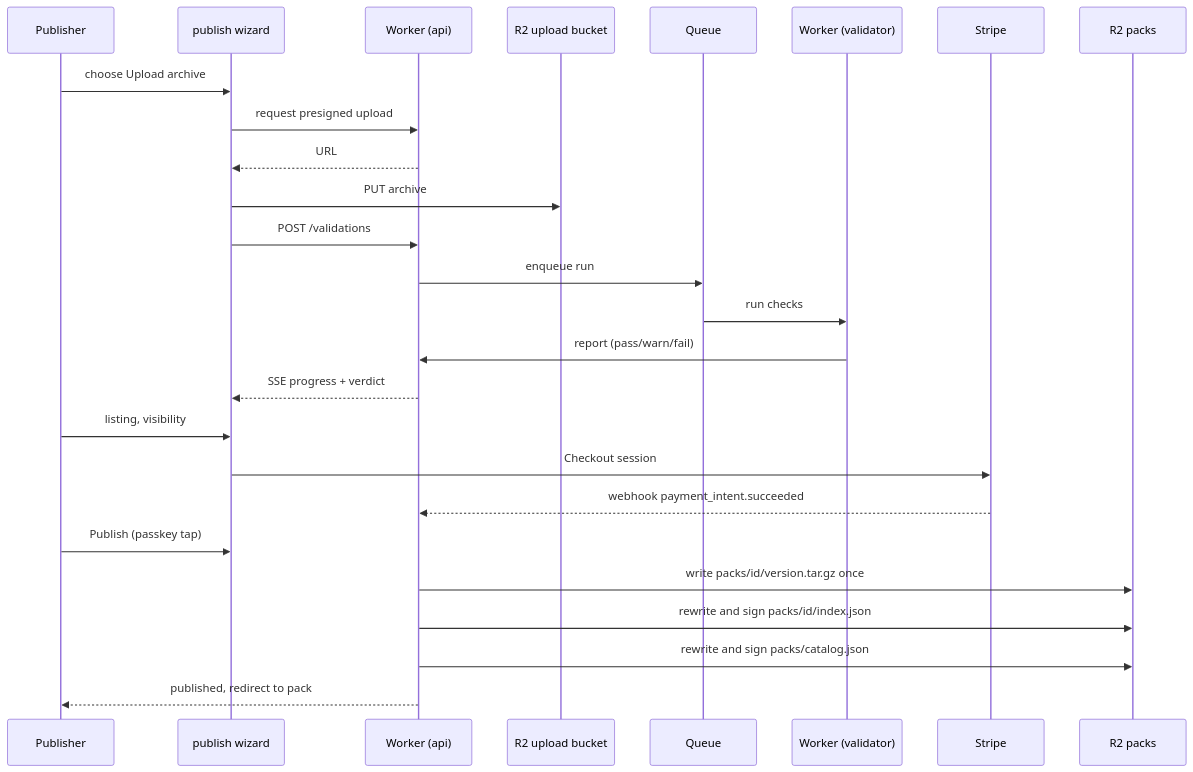
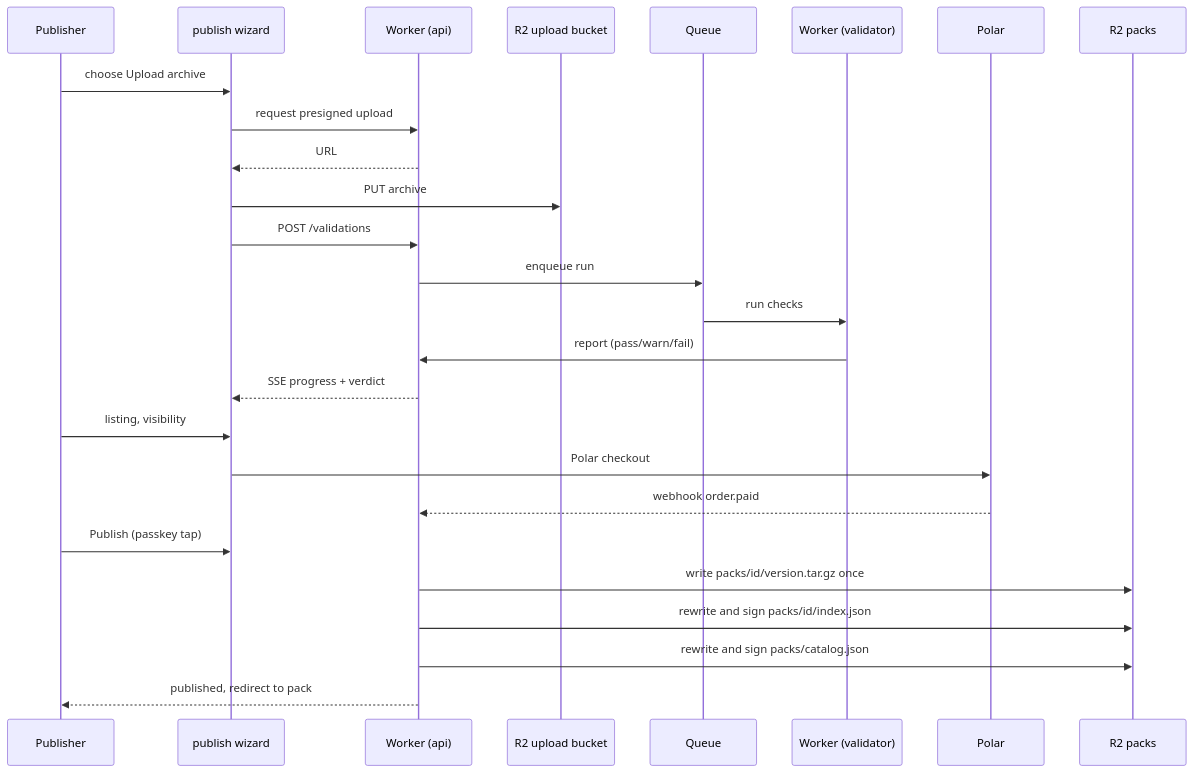
The fifth of 13 diagrams in docs/ui/flows.md (Claudinite/PackServer), drawn with Mermaid before and after one commit. The commit also changed other lines of this file and 3 other files, not shown here.

````diff
--- a/docs/ui/flows.md
+++ b/docs/ui/flows.md
@@ -187,28 +187,28 @@
 ```mermaid
 sequenceDiagram
   participant Pu as Publisher
   participant Wz as publish wizard
   participant W as Worker (api)
   participant R2s as R2 upload bucket
   participant Q as Queue
   participant V as Worker (validator)
-  participant St as Stripe
+  participant Po as Polar
   participant R2 as R2 packs
   Pu->>Wz: choose Upload archive
   Wz->>W: request presigned upload
   W-->>Wz: URL
   Wz->>R2s: PUT archive
   Wz->>W: POST /validations
   W->>Q: enqueue run
   Q->>V: run checks
   V->>W: report (pass/warn/fail)
   W-->>Wz: SSE progress + verdict
   Pu->>Wz: listing, visibility
-  Wz->>St: Checkout session
-  St-->>W: webhook payment_intent.succeeded
+  Wz->>Po: Polar checkout
+  Po-->>W: webhook order.paid
   Pu->>Wz: Publish (passkey tap)
   W->>R2: write packs/id/version.tar.gz once
   W->>R2: rewrite and sign packs/id/index.json
   W->>R2: rewrite and sign packs/catalog.json
   W-->>Pu: published, redirect to pack
 ```
````
